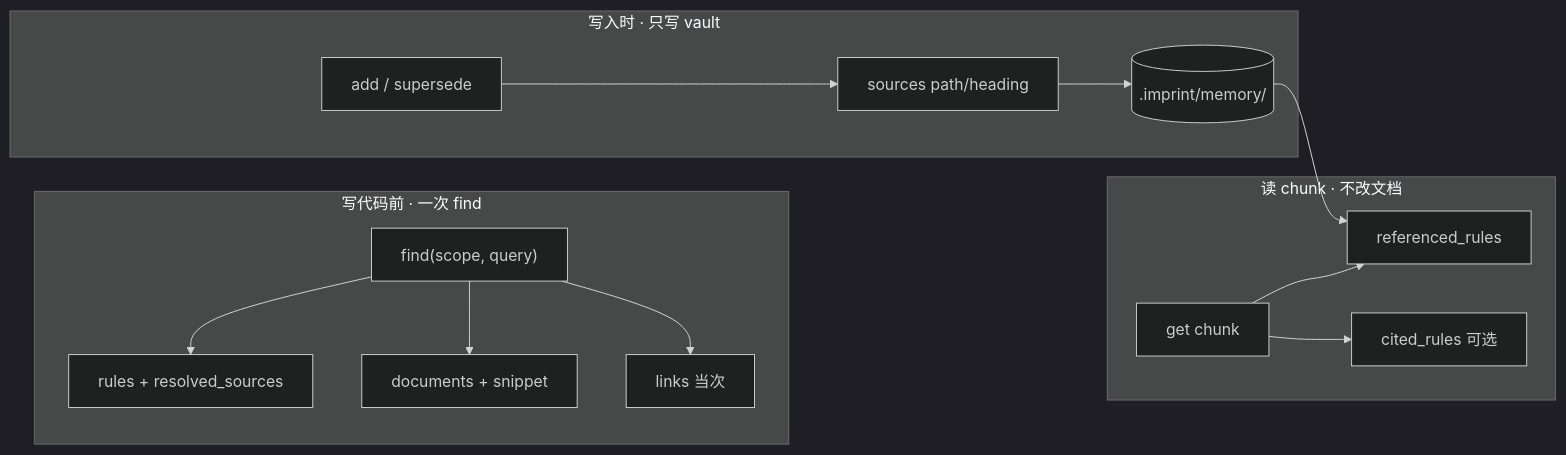
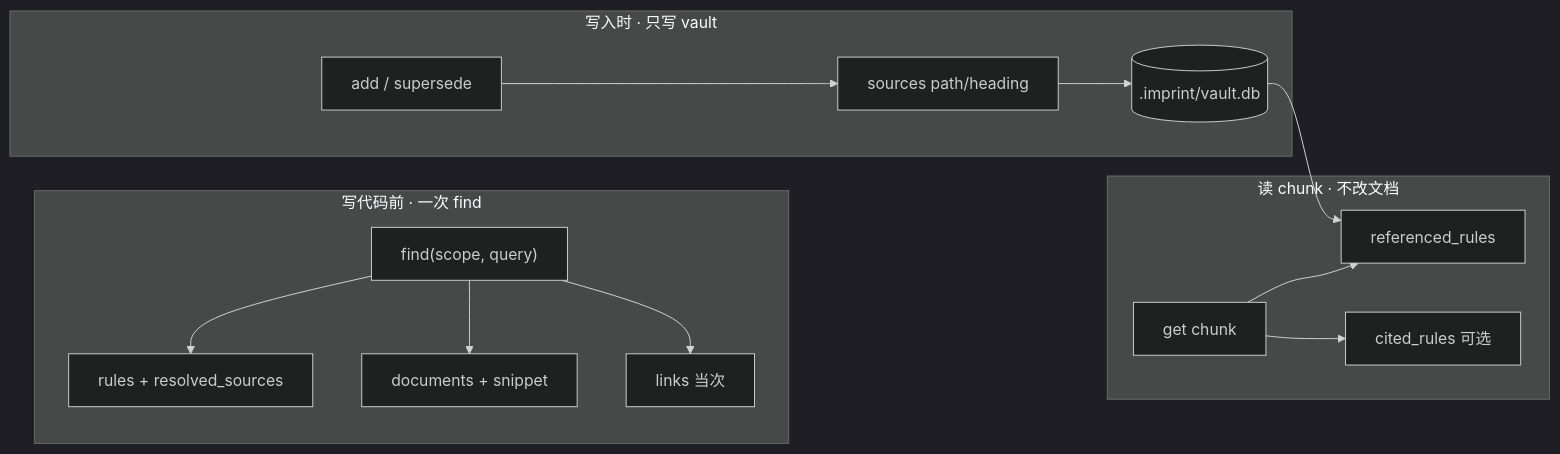
The diagram in docs/shelves-builtin.zh.md (SteamedBread2333/imprint), drawn with Mermaid (dark theme) before and after one commit. The commit also changed other lines of this file and 41 other files, not shown here.

````diff
--- a/docs/shelves-builtin.zh.md
+++ b/docs/shelves-builtin.zh.md
@@ -25,21 +25,21 @@
 ```mermaid
 flowchart LR
   subgraph recall [写代码前 · 一次 find]
     F["find(scope, query)"]
     F --> R[rules + resolved_sources]
     F --> D[documents + snippet]
     F --> L[links 当次]
   end
 
   subgraph persist [写入时 · 只写 vault]
     A[add / supersede] --> S[sources path/heading]
-    S --> V[(.imprint/memory/)]
+    S --> V[(.imprint/vault.db)]
   end
 
   subgraph reverse [读 chunk · 不改文档]
     G["get chunk"] --> RR[referenced_rules]
     G --> CR[cited_rules 可选]
   end
 
   V --> RR
 ```
````
